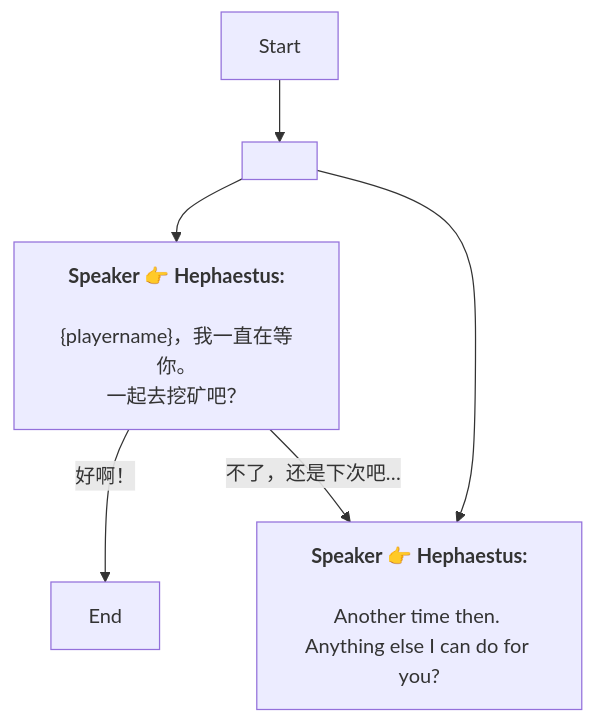
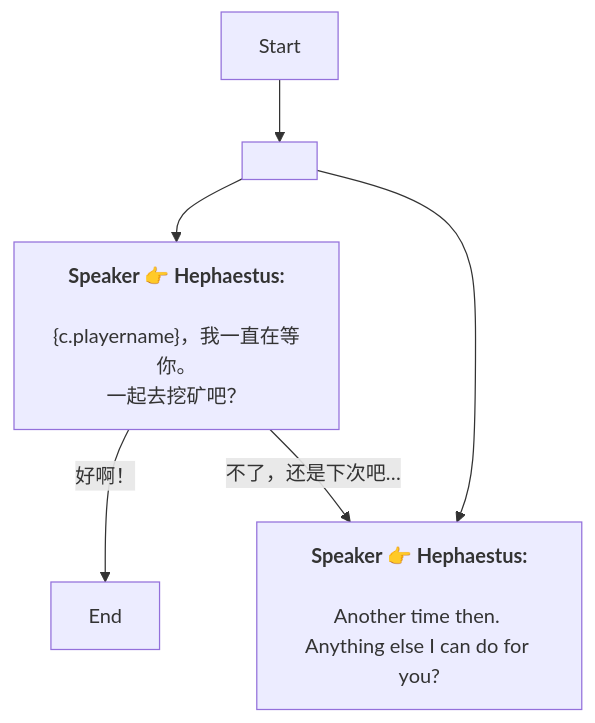
One commit to SoftHu/tos_avg changed the diagram in Zh/QuestTalkObjectiveNode_1750657146285344.md. Above: the diagram before and after it, drawn with Mermaid. The commit also changed 410 other files, not shown here.

````diff
--- a/Zh/QuestTalkObjectiveNode_1750657146285344.md
+++ b/Zh/QuestTalkObjectiveNode_1750657146285344.md
@@ -1,17 +1,15 @@
 ```mermaid
 graph
 Start -->1750911911868690[ ]
 1750911911868690 -->1750658557600035[<b>Speaker 👉 Hephaestus:</b>
-\n&lbrace;playername&rbrace;，我一直在等你。
+\n&lbrace;c.playername&rbrace;，我一直在等你。
 一起去挖矿吧？]
 1750911911868690 -->1750911970255123[<b>Speaker 👉 Hephaestus:</b>
 \nAnother time then. 
-Anything else I can do for you?
-]
+Anything else I can do for you?]
 1750658557600035 -->|好啊！|1750835737352708[End]
 1750658557600035 -->|不了，还是下次吧…|1750911970255123[<b>Speaker 👉 Hephaestus:</b>
 \nAnother time then. 
-Anything else I can do for you?
-]
+Anything else I can do for you?]
 
 ```
````
